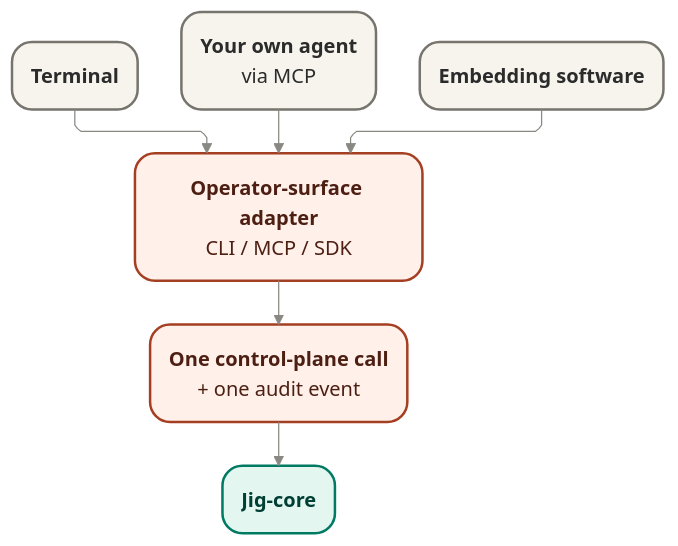
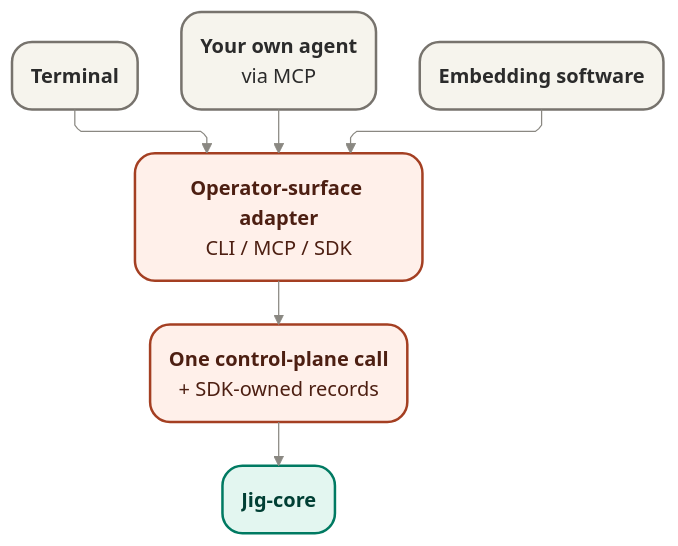
Before and after one commit to agentic-workflow-kit/jig: the diagram in docs/design/contracts/driving.md, drawn with Mermaid. The commit also changed other lines of this file and 28 other files, not shown here.

````diff
--- a/docs/design/contracts/driving.md
+++ b/docs/design/contracts/driving.md
@@ -29,45 +29,45 @@
 ```mermaid
 %%{init: {
   "theme": "base",
   "themeVariables": {
     "fontFamily": "Inter, Arial, sans-serif",
     "primaryTextColor": "#2b2b2b",
     "lineColor": "#8a8882",
     "edgeLabelBackground": "#ffffff",
     "clusterBkg": "#fbfaf7",
     "clusterBorder": "#b8b8b1",
     "clusterTextColor": "#2b2b2b"
   },
   "flowchart": {
     "htmlLabels": false,
     "curve": "linear",
     "nodeSpacing": 40,
     "rankSpacing": 45,
     "defaultRenderer": "elk"
   }
 }}%%
 flowchart TB
 
   term("`**Terminal**`")
   tool("`**Your own agent**
 via MCP`")
   embed("`**Embedding software**`")
   adapter("`**Operator-surface adapter**
 CLI / MCP / SDK`")
   onecall("`**One control-plane call**
-+ one audit event`")
++ SDK-owned records`")
   core("`**Jig-core**`")
 
   term --> adapter
   tool --> adapter
   embed --> adapter
   adapter --> onecall
   onecall --> core
 
   classDef coreBox fill:#e3f6f0,stroke:#007a62,stroke-width:2px,color:#003f34,rx:16,ry:16;
   classDef seamBox fill:#fff0ea,stroke:#a43f22,stroke-width:2px,color:#4d1f12,rx:16,ry:16;
   classDef commonBox fill:#f6f4ed,stroke:#77736d,stroke-width:2px,color:#2b2b2b,rx:16,ry:16;
   class core coreBox;
   class adapter,onecall seamBox;
   class term,tool,embed commonBox;
 ```
````
